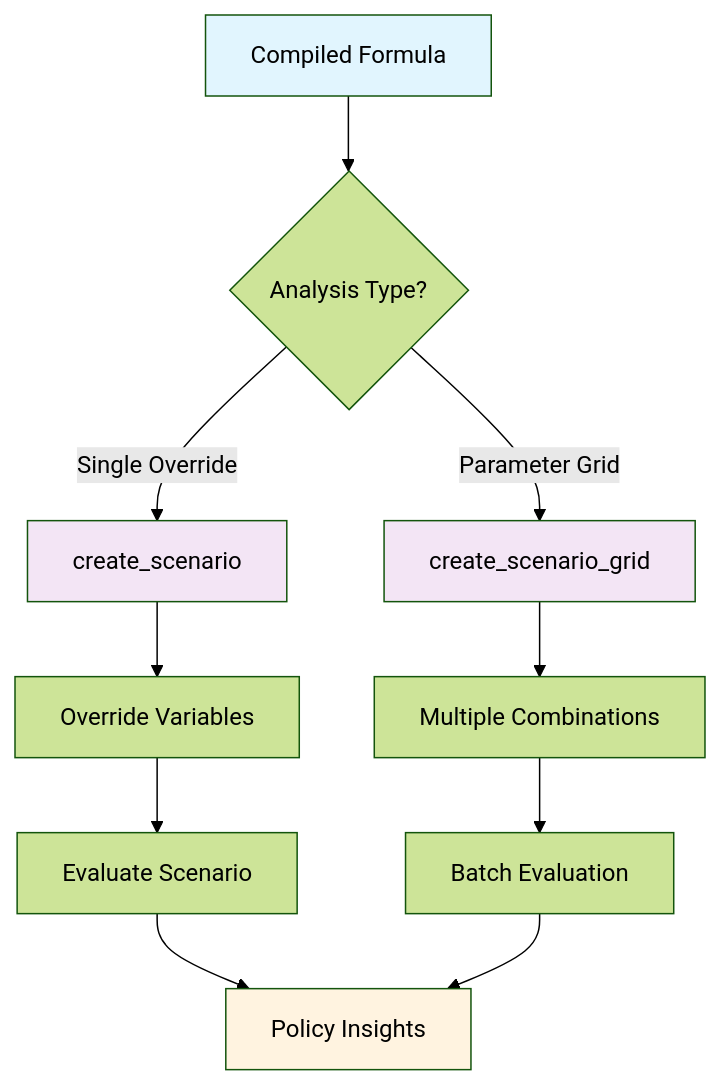
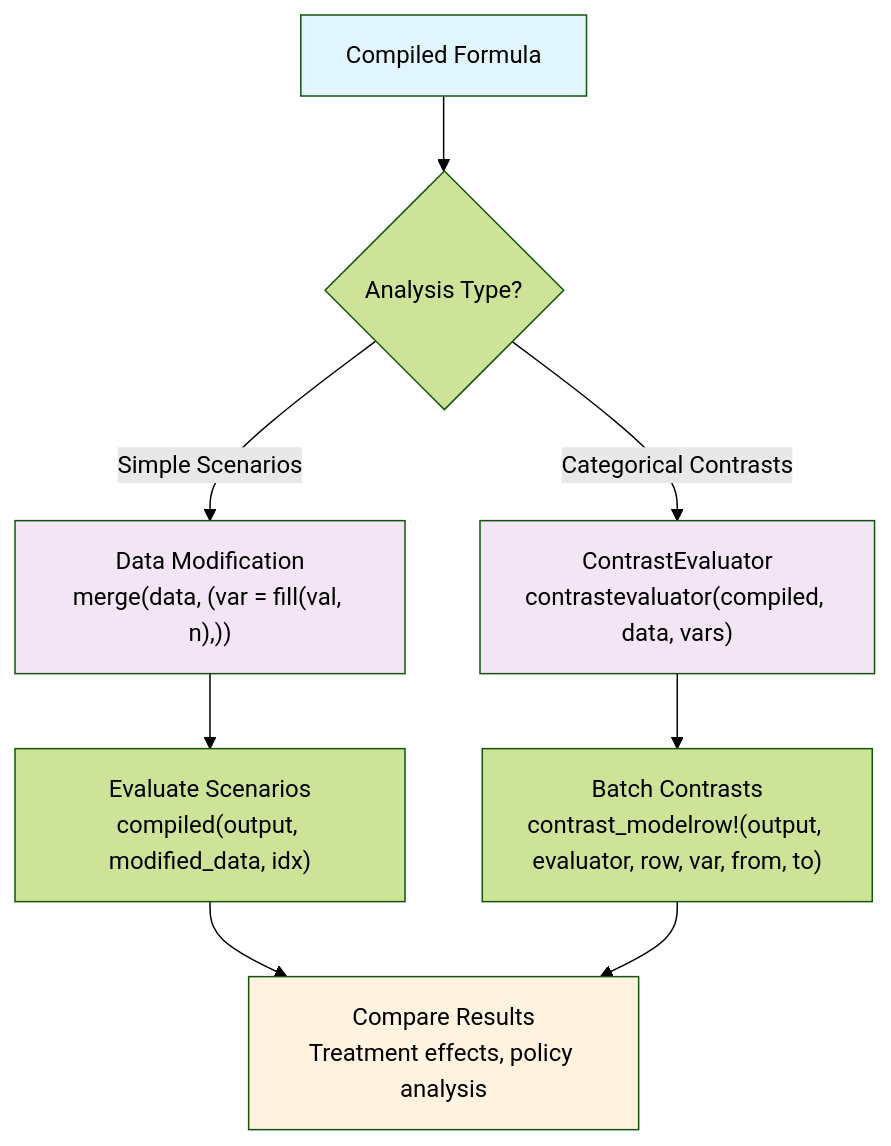
The diagram in docs/src/assets/diagrams_README_diagram_3.mmd (emfeltham/FormulaCompiler.jl), drawn with Mermaid (forest theme) before and after one commit. The commit also changed 11 other files, not shown here.

Commit message:
docs: diagrams

```diff
--- a/docs/src/assets/diagrams_README_diagram_3.mmd
+++ b/docs/src/assets/diagrams_README_diagram_3.mmd
@@ -1,18 +1,15 @@
 flowchart TD
     A["Compiled Formula"] --> B{Analysis Type?}
-    B -->|Single Override| C["create_scenario"]
-    B -->|Parameter Grid| D["create_scenario_grid"]
-    
-    C --> E["Override Variables"]
-    D --> F["Multiple Combinations"]
-    
-    E --> G["Evaluate Scenario"]
-    F --> H["Batch Evaluation"]
-    
-    G --> I["Policy Insights"]
-    H --> I
-    
+    B -->|Simple Scenarios| C["Data Modification<br>merge(data, (var = fill(val, n),))"]
+    B -->|Categorical Contrasts| D["ContrastEvaluator<br>contrastevaluator(compiled, data, vars)"]
+
+    C --> E["Evaluate Scenarios<br>compiled(output, modified_data, idx)"]
+    D --> F["Batch Contrasts<br>contrast_modelrow!(output, evaluator, row, var, from, to)"]
+
+    E --> G["Compare Results<br>Treatment effects, policy analysis"]
+    F --> G
+
     style A fill:#e1f5fe
     style C fill:#f3e5f5
     style D fill:#f3e5f5
-    style I fill:#fff3e0
+    style G fill:#fff3e0
```
